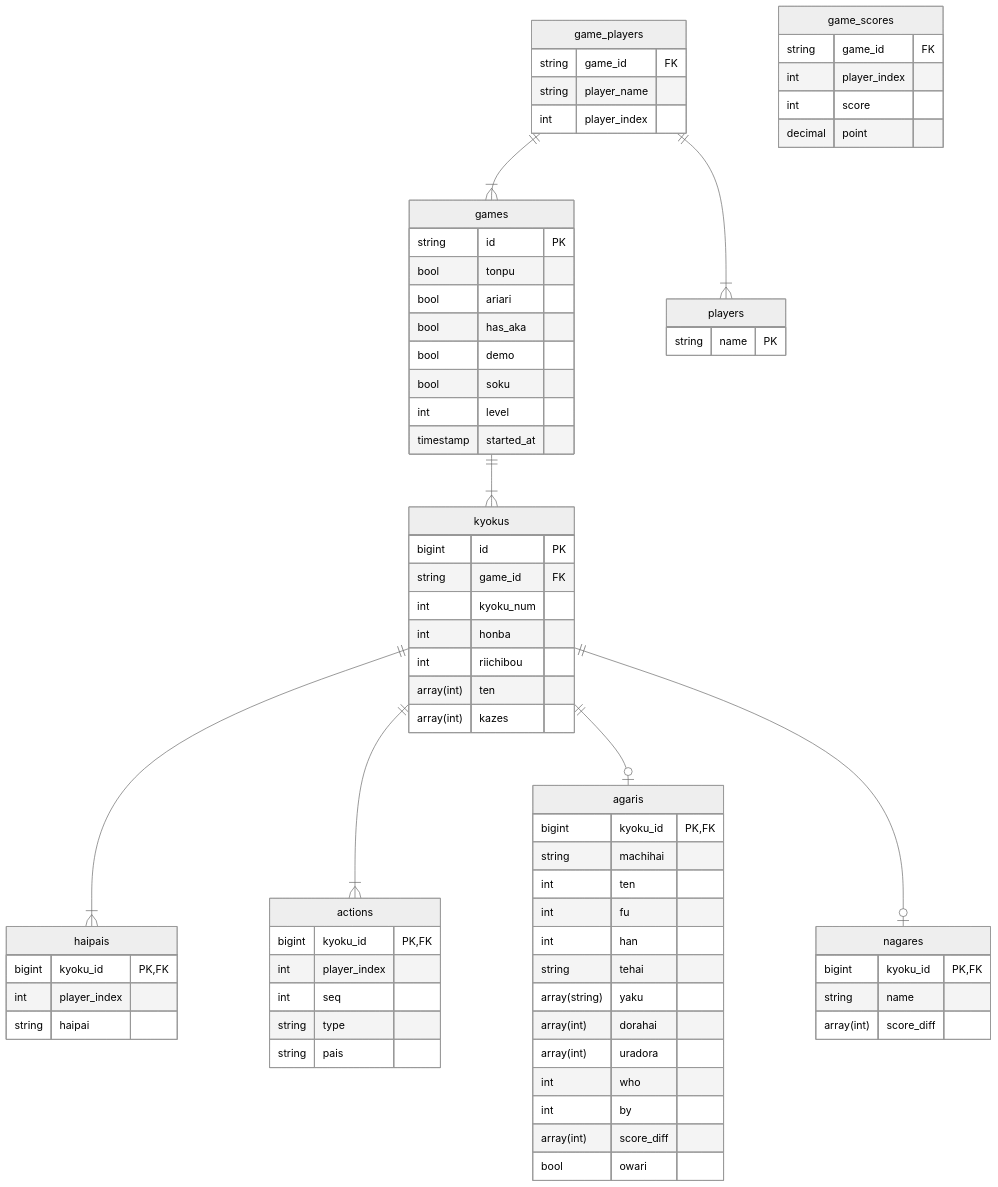
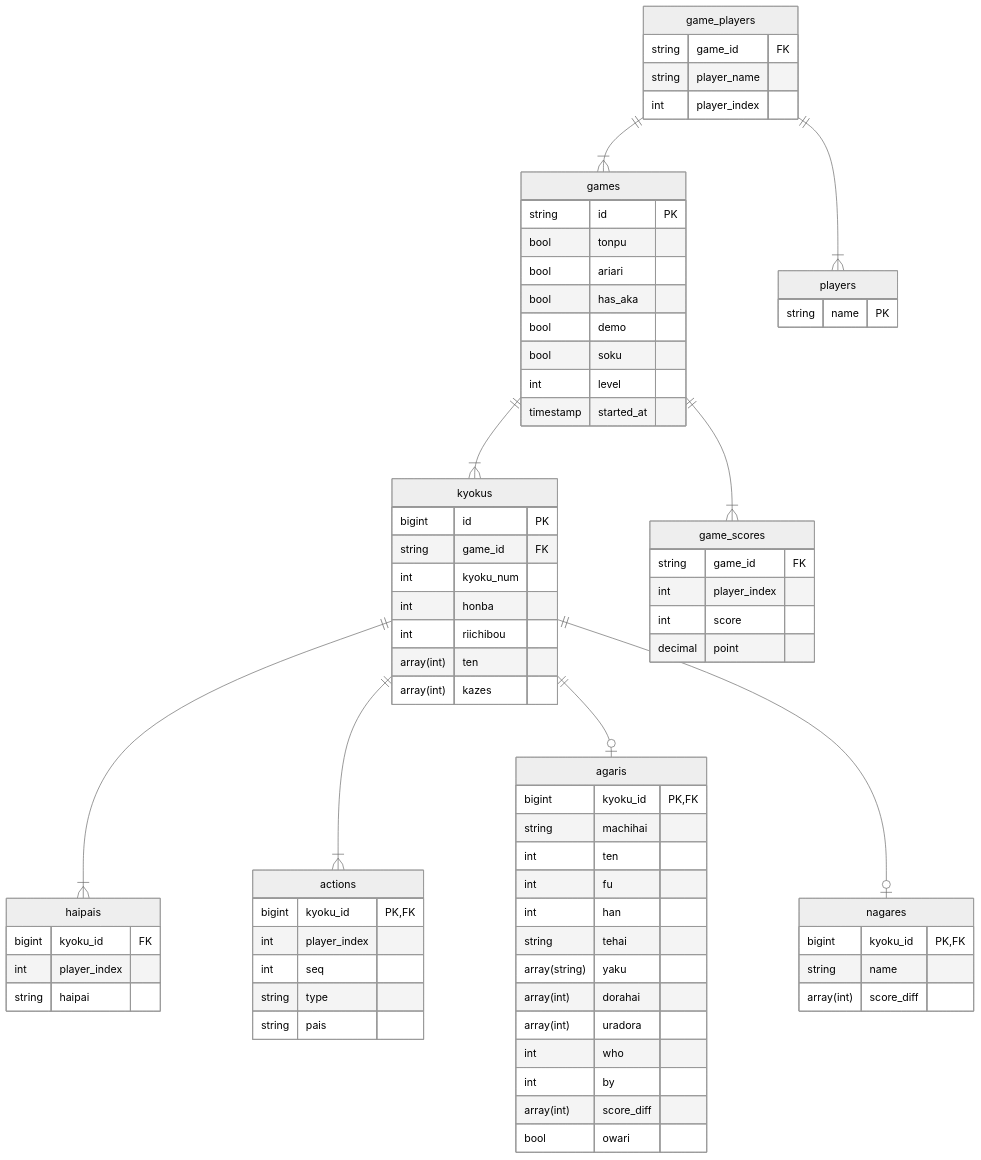
One commit to kackyt/mahjong-etl changed the diagram in er/mahjong.md. Above: the diagram before and after it, drawn with Mermaid (neutral theme). The commit also changed 2 other files, not shown here.

Commit message:
feat: html全部をextract

```diff
--- a/er/mahjong.md
+++ b/er/mahjong.md
@@ -3,6 +3,7 @@
   game_players ||--|{ games : ""
   game_players ||--|{ players : ""
   games ||--|{ kyokus : ""
+  games ||--|{ game_scores : ""
   kyokus ||--|{ haipais : ""
   kyokus ||--|{ actions : ""
   kyokus ||--o| agaris : ""
@@ -22,7 +23,7 @@
   }
 
   haipais {
-    bigint kyoku_id PK,FK
+    bigint kyoku_id FK
     int player_index
     string haipai
   }
```
